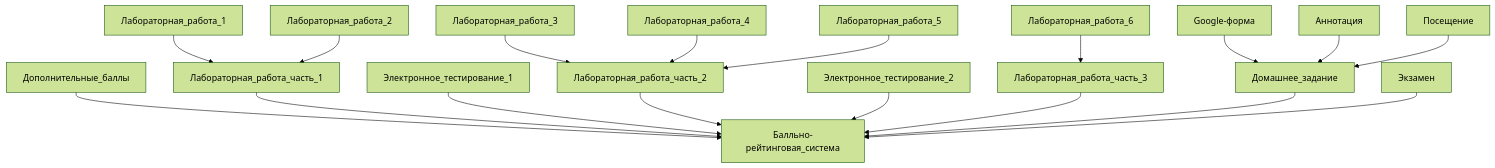
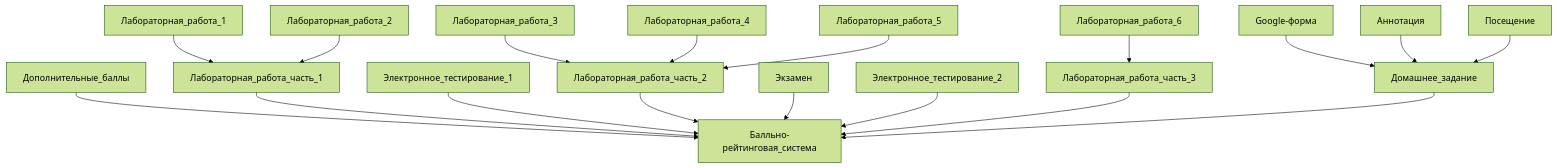
One commit to Steralka/ITMO changed the diagram in 1 Семестр/Информатика/README.md. Above: the diagram before and after it, drawn with Mermaid (forest theme). The commit also changed other lines of this file, not shown here.

````diff
--- a/1 Семестр/Информатика/README.md
+++ b/1 Семестр/Информатика/README.md
@@ -39,24 +39,24 @@
 ```mermaid
 graph TD;
 Лабораторная_работа_1-->Лабораторная_работа_часть_1;
 Лабораторная_работа_2-->Лабораторная_работа_часть_1;
 
 Лабораторная_работа_3-->Лабораторная_работа_часть_2;
 Лабораторная_работа_4-->Лабораторная_работа_часть_2;
 Лабораторная_работа_5-->Лабораторная_работа_часть_2;
 
 Лабораторная_работа_6-->Лабораторная_работа_часть_3;
 
 Google-форма-->Домашнее_задание;
 Аннотация-->Домашнее_задание;
 Посещение-->Домашнее_задание;
 
 Дополнительные_баллы-->Балльно-рейтинговая_система;
 Лабораторная_работа_часть_1-->Балльно-рейтинговая_система;
 Электронное_тестирование_1-->Балльно-рейтинговая_система;
 Лабораторная_работа_часть_2-->Балльно-рейтинговая_система;
+Экзамен-->Балльно-рейтинговая_система;
 Электронное_тестирование_2-->Балльно-рейтинговая_система;
 Лабораторная_работа_часть_3-->Балльно-рейтинговая_система;
 Домашнее_задание-->Балльно-рейтинговая_система;
-Экзамен-->Балльно-рейтинговая_система;
 ```
````
